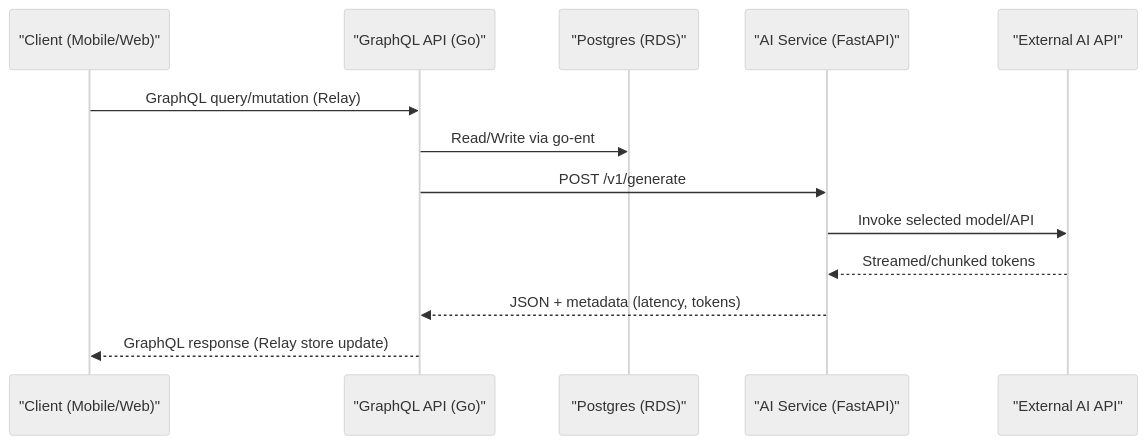
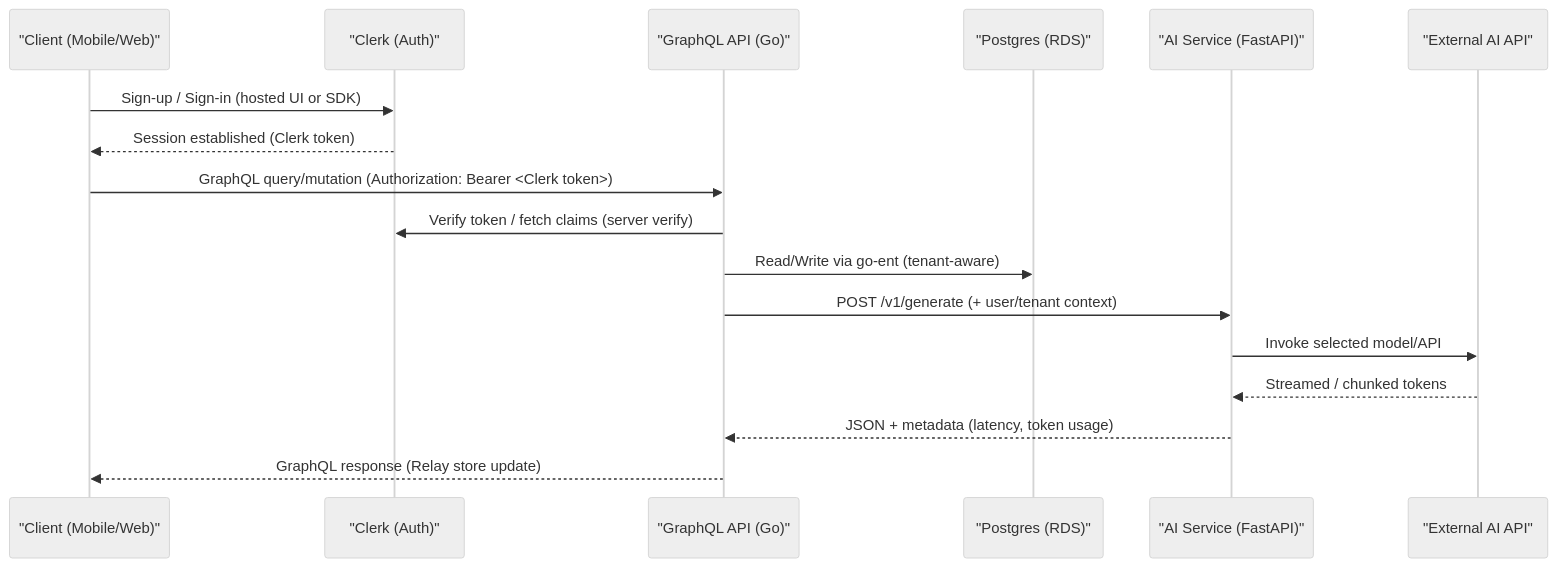
The second of 2 diagrams in README.md (schlenker-owl/full-stack-ai), drawn with Mermaid (neutral theme) before and after one commit. The commit also changed other lines of this file and 7 other files, not shown here.

````diff
--- a/README.md
+++ b/README.md
@@ -84,16 +92,20 @@
 ```mermaid
 sequenceDiagram
   participant Client as "Client (Mobile/Web)"
+  participant Clerk as "Clerk (Auth)"
   participant API as "GraphQL API (Go)"
   participant DB as "Postgres (RDS)"
   participant AI as "AI Service (FastAPI)"
   participant Ext as "External AI API"
 
-  Client->>API: GraphQL query/mutation (Relay)
-  API->>DB: Read/Write via go-ent
-  API->>AI: POST /v1/generate
+  Client->>Clerk: Sign-up / Sign-in (hosted UI or SDK)
+  Clerk-->>Client: Session established (Clerk token)
+  Client->>API: GraphQL query/mutation (Authorization: Bearer <Clerk token>)
+  API->>Clerk: Verify token / fetch claims (server verify)
+  API->>DB: Read/Write via go-ent (tenant-aware)
+  API->>AI: POST /v1/generate (+ user/tenant context)
   AI->>Ext: Invoke selected model/API
-  Ext-->>AI: Streamed/chunked tokens
-  AI-->>API: JSON + metadata (latency, tokens)
+  Ext-->>AI: Streamed / chunked tokens
+  AI-->>API: JSON + metadata (latency, token usage)
   API-->>Client: GraphQL response (Relay store update)
 ```
````
